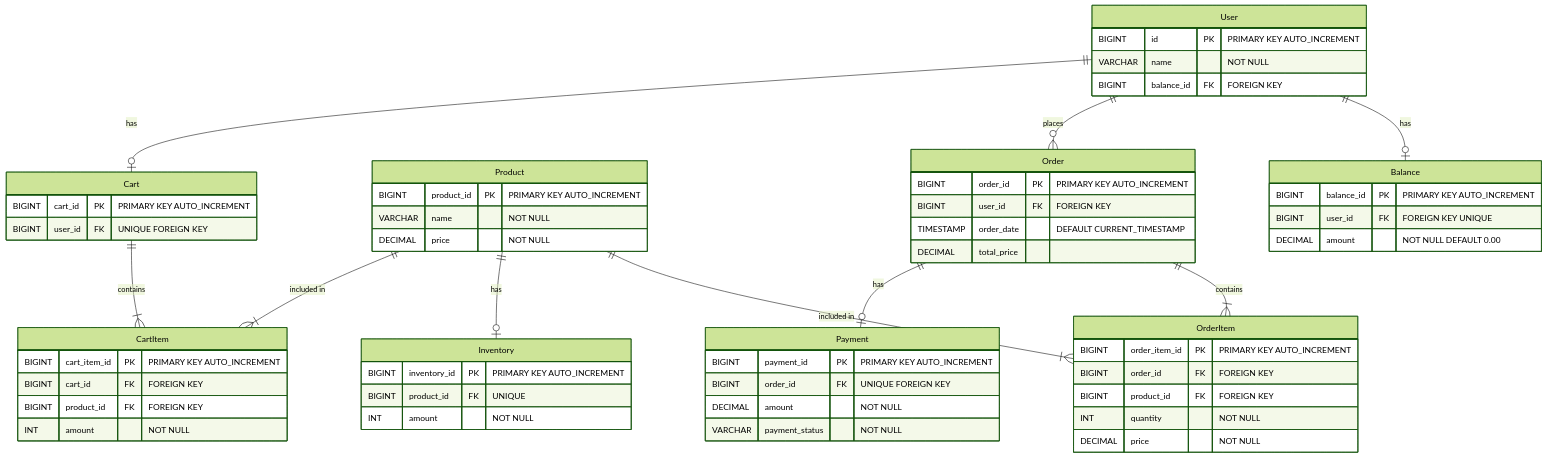
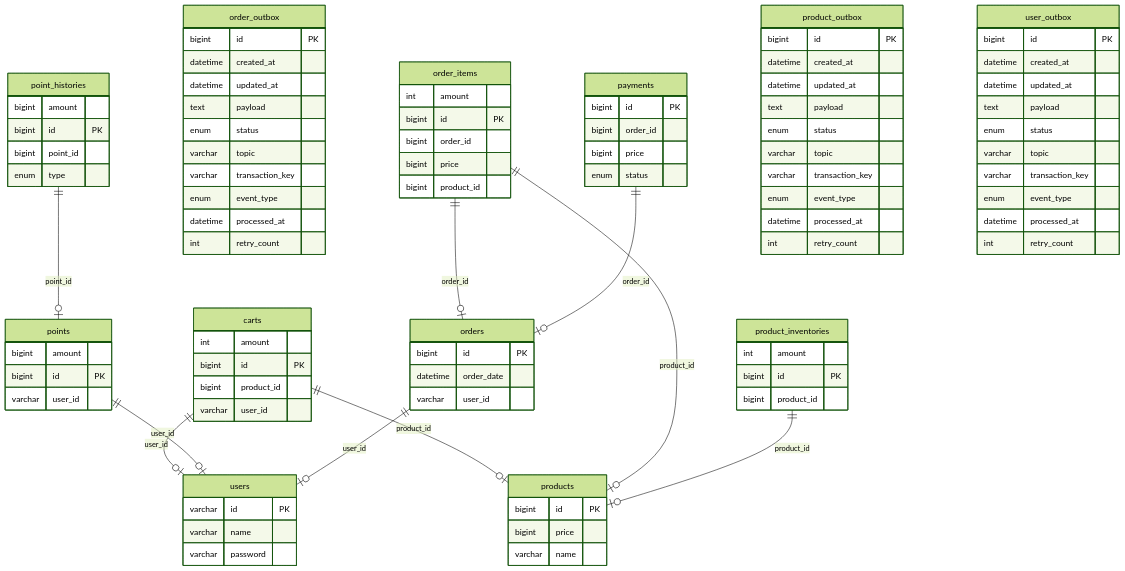
Before and after one commit to onetaek/e-commerce-project: the diagram in documentation/ERD.md, drawn with Mermaid (forest theme). The commit also changed 4 other files, not shown here.

````diff
--- a/documentation/ERD.md
+++ b/documentation/ERD.md
@@ -3,62 +3,111 @@
 ```mermaid
 erDiagram
-    User {
-        BIGINT id PK "PRIMARY KEY AUTO_INCREMENT"
-        VARCHAR name "NOT NULL"
-        BIGINT balance_id FK "FOREIGN KEY"
-    }
-    Balance {
-        BIGINT balance_id PK "PRIMARY KEY AUTO_INCREMENT"
-        BIGINT user_id FK "FOREIGN KEY UNIQUE"
-        DECIMAL amount "NOT NULL DEFAULT 0.00"
-    }
-    Product {
-        BIGINT product_id PK "PRIMARY KEY AUTO_INCREMENT"
-        VARCHAR name "NOT NULL"
-        DECIMAL price "NOT NULL"
-    }
-    Order {
-        BIGINT order_id PK "PRIMARY KEY AUTO_INCREMENT"
-        BIGINT user_id FK "FOREIGN KEY"
-        TIMESTAMP order_date "DEFAULT CURRENT_TIMESTAMP"
-        DECIMAL total_price
-    }
-    OrderItem {
-        BIGINT order_item_id PK "PRIMARY KEY AUTO_INCREMENT"
-        BIGINT order_id FK "FOREIGN KEY"
-        BIGINT product_id FK "FOREIGN KEY"
-        INT quantity "NOT NULL"
-        DECIMAL price "NOT NULL"
-    }
-    Inventory {
-        BIGINT inventory_id PK "PRIMARY KEY AUTO_INCREMENT"
-        BIGINT product_id FK "UNIQUE"
-        INT amount "NOT NULL"
-    }
-    Payment {
-        BIGINT payment_id PK "PRIMARY KEY AUTO_INCREMENT"
-        BIGINT order_id FK "UNIQUE FOREIGN KEY"
-        DECIMAL amount "NOT NULL"
-        VARCHAR payment_status "NOT NULL"
-    }
-    Cart {
-        BIGINT cart_id PK "PRIMARY KEY AUTO_INCREMENT"
-        BIGINT user_id FK "UNIQUE FOREIGN KEY"
-    }
-    CartItem {
-        BIGINT cart_item_id PK "PRIMARY KEY AUTO_INCREMENT"
-        BIGINT cart_id FK "FOREIGN KEY"
-        BIGINT product_id FK "FOREIGN KEY"
-        INT amount "NOT NULL"
+    carts {
+        int amount
+        bigint id PK
+        bigint product_id
+        varchar user_id
     }
 
-    User ||--o| Balance: "has"
-    User ||--o{ Order: "places"
-    Order ||--|{ OrderItem: "contains"
-    Order ||--o| Payment: "has"
-    Product ||--|{ OrderItem: "included in"
-    Product ||--o| Inventory: "has"
-    User ||--o| Cart: "has"
-    Cart ||--|{ CartItem: "contains"
-    Product ||--|{ CartItem: "included in"
+    order_items {
+        int amount
+        bigint id PK
+        bigint order_id
+        bigint price
+        bigint product_id
+    }
+
+    order_outbox {
+        bigint id PK
+        datetime created_at
+        datetime updated_at
+        text payload
+        enum status
+        varchar topic
+        varchar transaction_key
+        enum event_type
+        datetime processed_at
+        int retry_count
+    }
+
+    orders {
+        bigint id PK
+        datetime order_date
+        varchar user_id
+    }
+
+    payments {
+        bigint id PK
+        bigint order_id
+        bigint price
+        enum status
+    }
+
+    point_histories {
+        bigint amount
+        bigint id PK
+        bigint point_id
+        enum type
+    }
+
+    points {
+        bigint amount
+        bigint id PK
+        varchar user_id
+    }
+
+    product_inventories {
+        int amount
+        bigint id PK
+        bigint product_id
+    }
+
+    product_outbox {
+        bigint id PK
+        datetime created_at
+        datetime updated_at
+        text payload
+        enum status
+        varchar topic
+        varchar transaction_key
+        enum event_type
+        datetime processed_at
+        int retry_count
+    }
+
+    products {
+        bigint id PK
+        bigint price
+        varchar name
+    }
+
+    user_outbox {
+        bigint id PK
+        datetime created_at
+        datetime updated_at
+        text payload
+        enum status
+        varchar topic
+        varchar transaction_key
+        enum event_type
+        datetime processed_at
+        int retry_count
+    }
+
+    users {
+        varchar id PK
+        varchar name
+        varchar password
+    }
+
+%% Relationships %%
+    carts ||--o| products : "product_id"
+    order_items ||--o| orders : "order_id"
+    order_items ||--o| products : "product_id"
+    payments ||--o| orders : "order_id"
+    point_histories ||--o| points : "point_id"
+    product_inventories ||--o| products : "product_id"
+    carts ||--o| users : "user_id"
+    points ||--o| users : "user_id"
+    orders ||--o| users : "user_id"
 ```
````
